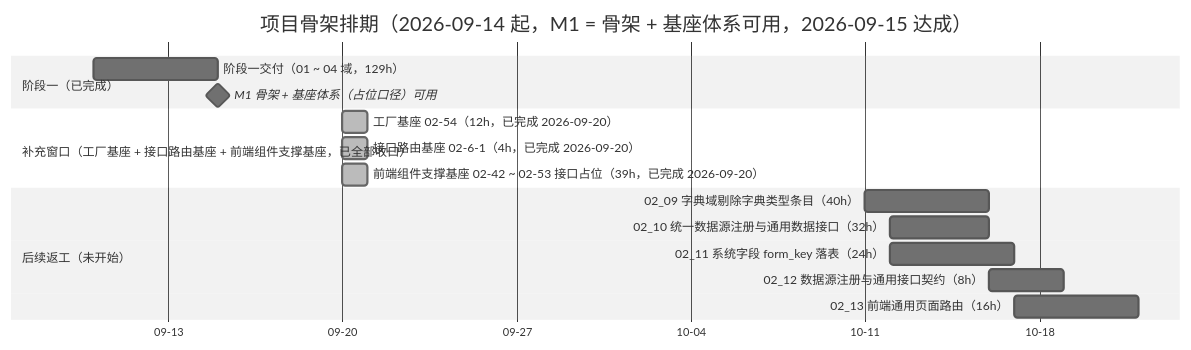
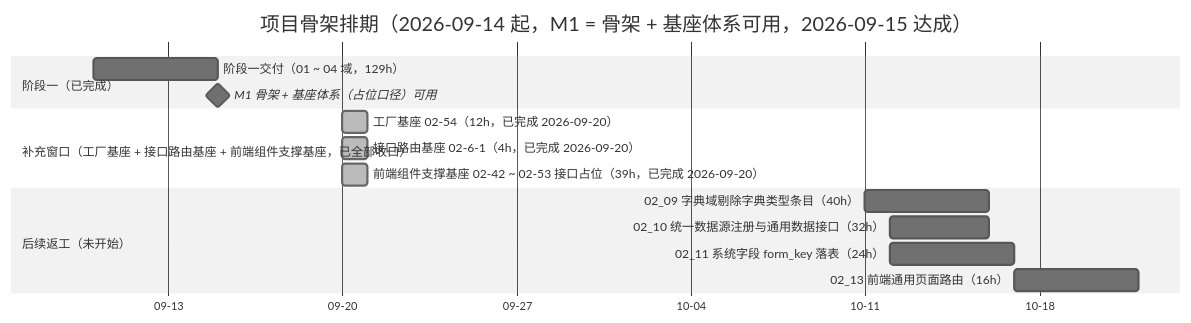
One commit to minjian123/basic-management-system changed the diagram in bms文档/项目/01_项目骨架/计划/01_计划_项目骨架.md. Above: the diagram before and after it, drawn with Mermaid (neutral theme). The commit also changed other lines of this file and 5 other files, not shown here.

````diff
--- a/bms文档/项目/01_项目骨架/计划/01_计划_项目骨架.md
+++ b/bms文档/项目/01_项目骨架/计划/01_计划_项目骨架.md
@@ -157,19 +157,18 @@
 ```mermaid
 gantt
     title 项目骨架排期（2026-09-14 起，M1 = 骨架 + 基座体系可用，2026-09-15 达成）
     dateFormat  YYYY-MM-DD
     axisFormat %m-%d
     section 阶段一（已完成）
     阶段一交付（01 ~ 04 域，129h） :done1, 2026-09-10, 2026-09-15
     M1 骨架 + 基座体系（占位口径）可用 :milestone, m1, 2026-09-15, 0d
     section 补充窗口（工厂基座 + 接口路由基座 + 前端组件支撑基座，已全部收口）
     工厂基座 02-54（12h，已完成 2026-09-20） :done, fac, 2026-09-20, 1d
     接口路由基座 02-6-1（4h，已完成 2026-09-20） :done, route, 2026-09-20, 1d
     前端组件支撑基座 02-42 ~ 02-53 接口占位（39h，已完成 2026-09-20） :done, supp, 2026-09-20, 1d
     section 后续返工（未开始）
     02_09 字典域剔除字典类型条目（40h） :d09, 2026-10-11, 2026-10-16
     02_10 统一数据源注册与通用数据接口（32h） :d10, 2026-10-12, 2026-10-16
     02_11 系统字段 form_key 落表（24h） :d11, 2026-10-12, 2026-10-17
-    02_12 数据源注册与通用接口契约（8h） :d12, 2026-10-16, 2026-10-19
     02_13 前端通用页面路由（16h） :d13, 2026-10-17, 2026-10-22
 ```
````
